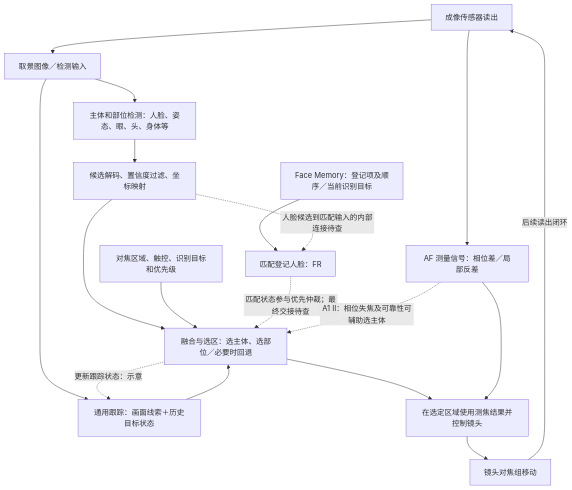
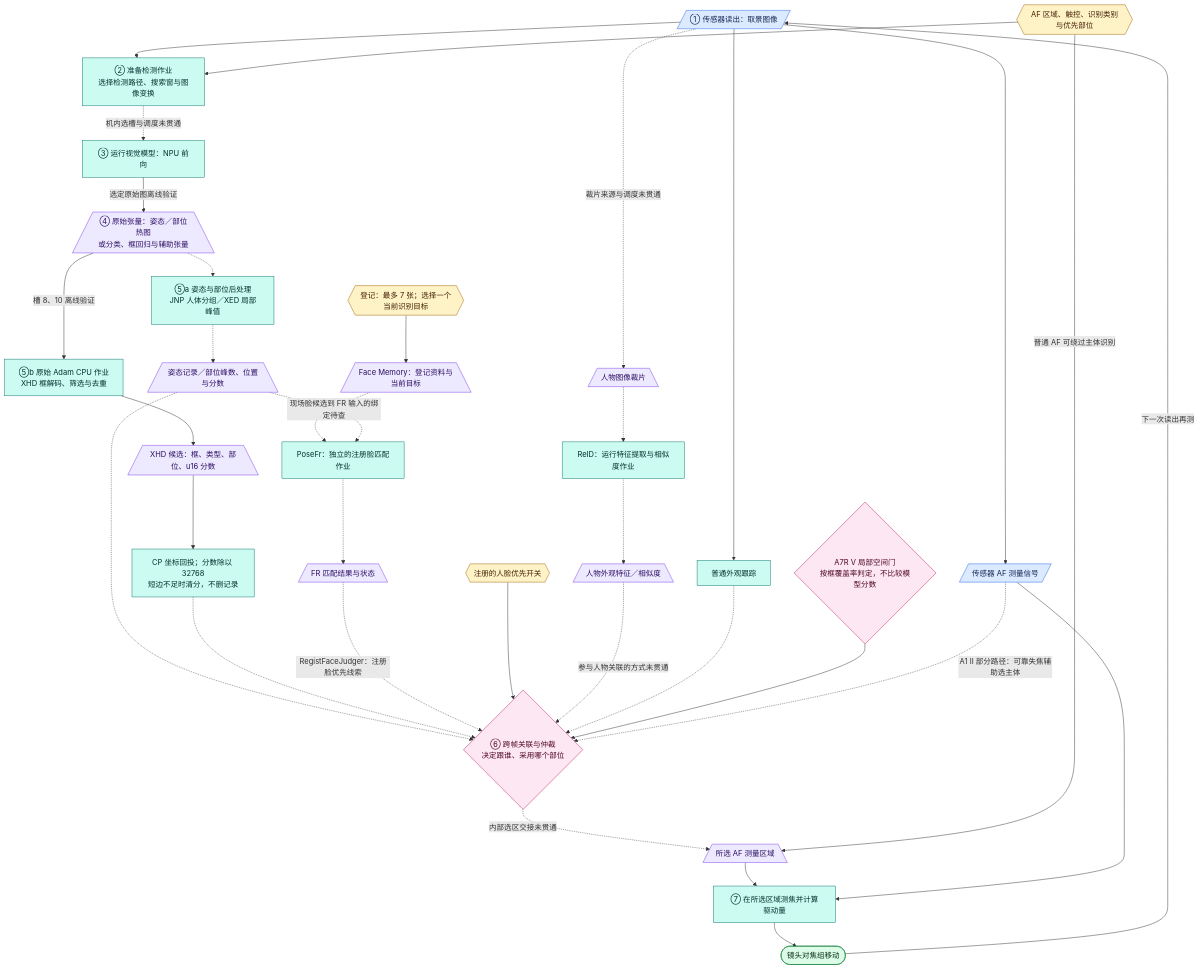
The second of 2 diagrams in docs/AF-VISION-PIPELINE.md (HeMu32/Sony_Camera_Detection_Models), drawn with Mermaid before and after one commit. The commit also changed other lines of this file and 5 other files, not shown here.

````diff
--- a/docs/AF-VISION-PIPELINE.md
+++ b/docs/AF-VISION-PIPELINE.md
@@ -9,21 +48,43 @@
 ```mermaid
 flowchart TD
-    S["成像传感器读出"]
-    S --> V["取景图像／检测输入"]
-    S --> M["AF 测量信号：相位差／局部反差"]
-    V --> D["主体和部位检测：人脸、姿态、眼、头、身体等"]
-    V --> T["通用跟踪：画面线索＋历史目标状态"]
-    D --> P["候选解码、置信度过滤、坐标映射"]
-    P --> A["融合与选区：选主体、选部位／必要时回退"]
-    U["对焦区域、触控、识别目标和优先级"] --> A
-    T --> A
-    FM["Face Memory：登记项及顺序／当前识别目标"] --> FR["匹配登记人脸：FR"]
-    P -. "人脸候选到匹配输入的内部连接待查" .-> FR
-    FR -. "匹配状态参与优先仲裁；最终交接待查" .-> A
-    A -. "更新跟踪状态：示意" .-> T
-    M -. "A1 II：相位失焦及可靠性可辅助选主体" .-> A
-    A --> F["在选定区域使用测焦结果并控制镜头"]
-    M --> F
-    F --> L["镜头对焦组移动"]
-    L -->|"后续读出闭环"| S
+    I[/"① 传感器读出：取景图像"/]:::input --> R["② 准备检测作业<br/>选择检测路径、搜索窗与图像变换"]:::algo
+    U{{"AF 区域、触控、识别类别与优先部位"}}:::config --> R
+    R -. "机内选槽与调度未贯通" .-> N["③ 运行视觉模型：NPU 前向"]:::algo
+    N -->|"选定原始图离线验证"| D[/"④ 原始张量：姿态／部位热图<br/>或分类、框回归与辅助张量"\]:::data
+    D -.-> P["⑤a 姿态与部位后处理<br/>JNP 人体分组／XED 局部峰值"]:::algo
+    D -->|"槽 8、10 离线验证"| X["⑤b 原始 Adam CPU 作业<br/>XHD 框解码、筛选与去重"]:::algo
+    P -.-> K[/"姿态记录／部位峰数、位置与分数"\]:::data
+    X --> B[/"XHD 候选：框、类型、部位、u16 分数"\]:::data
+    B --> BC["CP 坐标回投；分数除以 32768<br/>短边不足时清分，不删记录"]:::algo
+    K -.-> A{"⑥ 跨帧关联与仲裁<br/>决定跟谁、采用哪个部位"}:::decision
+    BC -.-> A
+
+    E{{"登记：最多 7 张；选择一个当前识别目标"}}:::config --> FM[/"Face Memory：登记资料与当前目标"\]:::data
+    FM -.-> FR["PoseFr：独立的注册脸匹配作业"]:::algo
+    K -. "现场脸候选到 FR 输入的绑定待查" .-> FR
+    FR -.-> M[/"FR 匹配结果与状态"\]:::data
+    M -. "RegistFaceJudger：注册脸优先线索" .-> A
+    FP{{"注册的人脸优先开关"}}:::config --> A
+
+    I -. "裁片来源与调度未贯通" .-> RI[/"人物图像裁片"\]:::data
+    RI -.-> RE["ReID：运行特征提取与相似度作业"]:::algo
+    RE -.-> RS[/"人物外观特征／相似度"\]:::data
+    RS -. "参与人物关联的方式未贯通" .-> A
+    I --> T["普通外观跟踪"]:::algo
+    T -.-> A
+    G{"A7R V 局部空间门<br/>按框覆盖率判定，不比较模型分数"}:::decision --> A
+    A -. "内部选区交接未贯通" .-> F[/"所选 AF 测量区域"\]:::data
+    U -->|"普通 AF 可绕过主体识别"| F
+    I --> S[/"传感器 AF 测量信号"/]:::input
+    S -. "A1 II 部分路径：可靠失焦辅助选主体" .-> A
+    F --> L["⑦ 在所选区域测焦并计算驱动量"]:::algo
+    S --> L
+    L --> H(["镜头对焦组移动"]):::exec -->|"下一次读出再测"| I
+
+    classDef input fill:#DBEAFE,stroke:#2563EB,color:#172554
+    classDef config fill:#FEF3C7,stroke:#A16207,color:#422006
+    classDef algo fill:#CCFBF1,stroke:#0F766E,color:#042F2E
+    classDef data fill:#EDE9FE,stroke:#7C3AED,color:#2E1065
+    classDef decision fill:#FCE7F3,stroke:#BE185D,color:#500724
+    classDef exec fill:#DCFCE7,stroke:#15803D,color:#052E16
 ```
````
